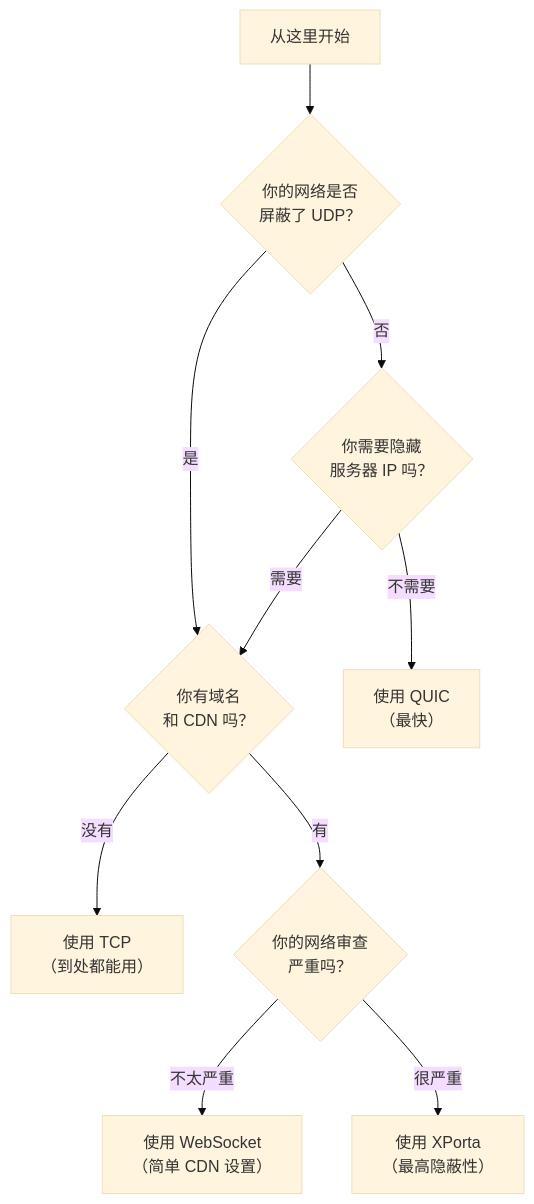
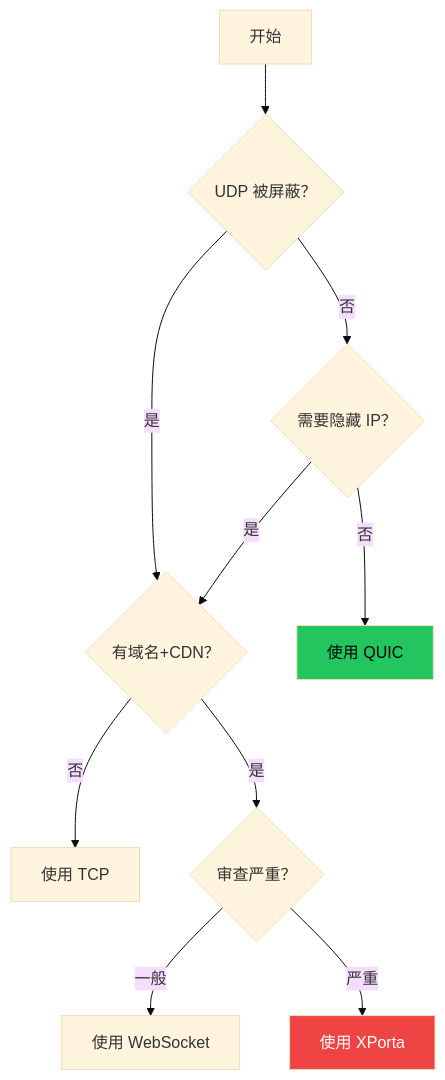
One commit to prisma-proxy/prisma changed the fifth of 7 diagrams in prisma-docs/i18n/zh-Hans/docusaurus-plugin-content-docs-guide/current/how-prisma-works.md. Above: the diagram before and after it, drawn with Mermaid (base theme). The commit also changed other lines of this file and 37 other files, not shown here.

First line of the commit message:
docs: rewrite guide with 30+ Mermaid diagrams, fix multi-instance config

````diff
--- a/prisma-docs/i18n/zh-Hans/docusaurus-plugin-content-docs-guide/current/how-prisma-works.md
+++ b/prisma-docs/i18n/zh-Hans/docusaurus-plugin-content-docs-guide/current/how-prisma-works.md
@@ -186,12 +84,14 @@
 ```mermaid
 graph TD
-    A["从这里开始"] --> B{"你的网络是否\n屏蔽了 UDP？"}
-    B -->|否| C{"你需要隐藏\n服务器 IP 吗？"}
-    B -->|是| D{"你有域名\n和 CDN 吗？"}
-    C -->|不需要| E["使用 QUIC\n（最快）"]
-    C -->|需要| D
-    D -->|没有| F["使用 TCP\n（到处都能用）"]
-    D -->|有| G{"你的网络审查\n严重吗？"}
-    G -->|"不太严重"| H["使用 WebSocket\n（简单 CDN 设置）"]
-    G -->|"很严重"| I["使用 XPorta\n（最高隐蔽性）"]
+    START["开始"] --> Q1{"UDP 被屏蔽？"}
+    Q1 -->|"否"| Q2{"需要隐藏 IP？"}
+    Q1 -->|"是"| Q3{"有域名+CDN？"}
+    Q2 -->|"否"| QUIC["使用 QUIC"]
+    Q2 -->|"是"| Q3
+    Q3 -->|"否"| TCP["使用 TCP"]
+    Q3 -->|"是"| Q5{"审查严重？"}
+    Q5 -->|"一般"| WS["使用 WebSocket"]
+    Q5 -->|"严重"| XPORTA["使用 XPorta"]
+    style QUIC fill:#22c55e,color:#000
+    style XPORTA fill:#ef4444,color:#fff
 ```
````
